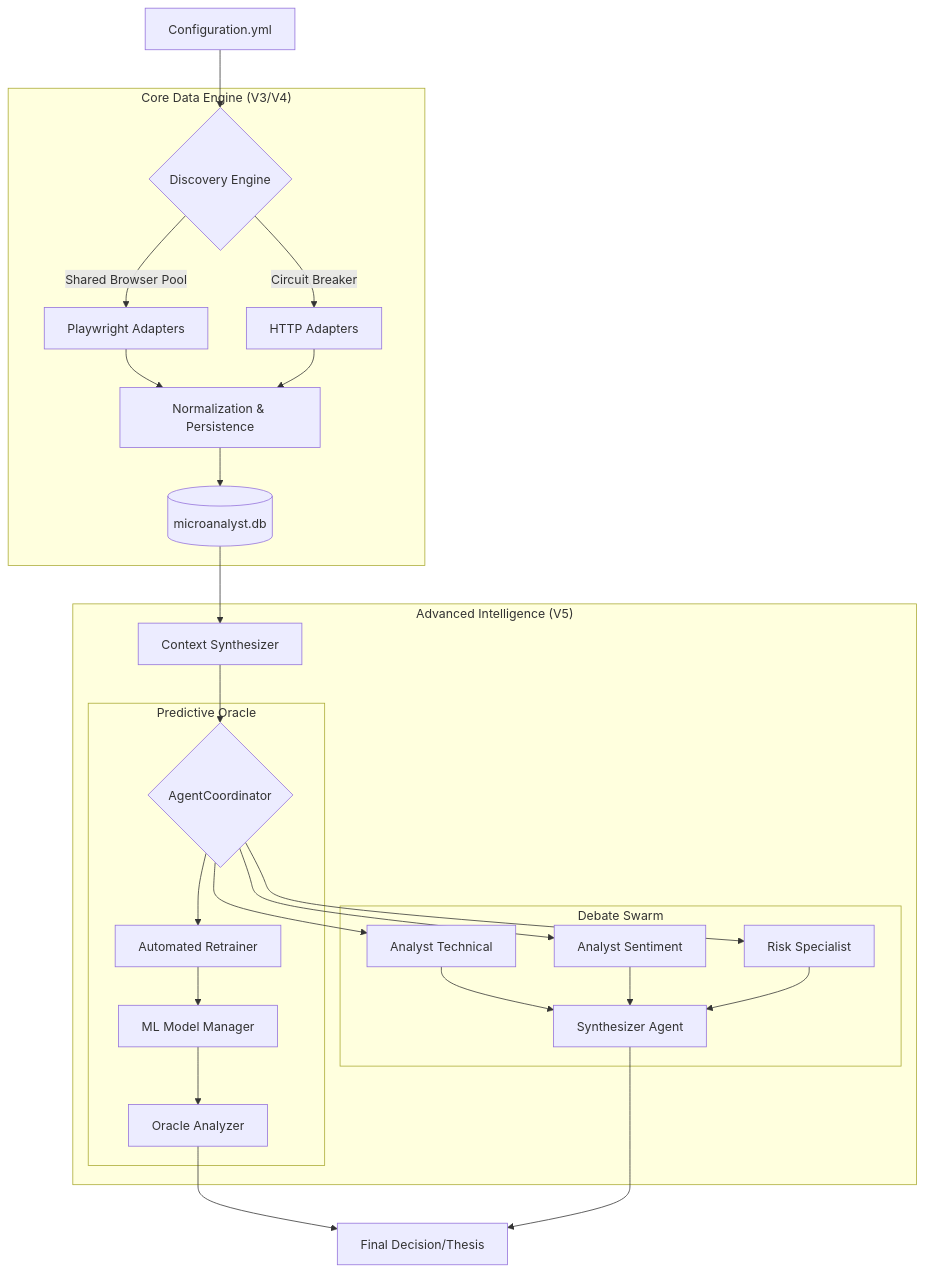
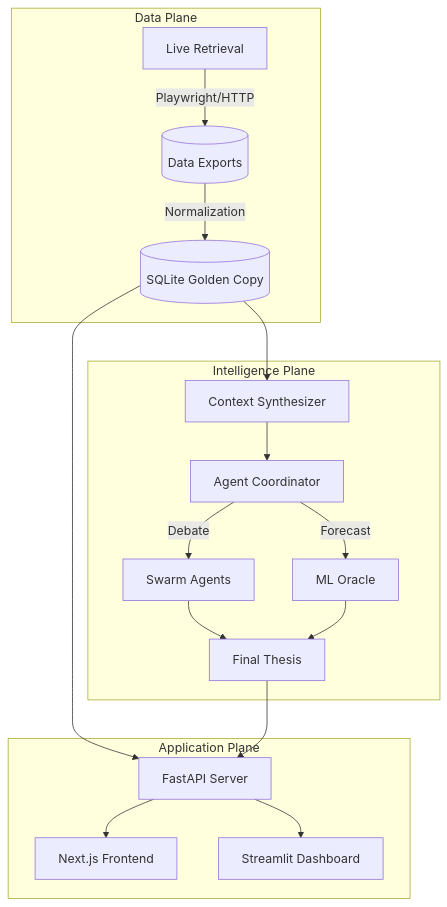
Before and after one commit to JackSmack1971/antigravity-microanalyst: the diagram in README.md, drawn with Mermaid. The commit also changed other lines of this file and 43 other files, not shown here.

Commit message:
feat(swarm): integrate live data pipeline and harden agent coordinator

````diff
--- a/README.md
+++ b/README.md
@@ -65,31 +16,21 @@
 ```mermaid
 flowchart TD
-    A[Configuration.yml] --> B{Discovery Engine}
-
-    subgraph "Core Data Engine (V3/V4)"
-        B -->|Shared Browser Pool| C[Playwright Adapters]
-        B -->|Circuit Breaker| D[HTTP Adapters]
-        C & D --> E[Normalization & Persistence]
-        E --> F[(microanalyst.db)]
+    subgraph "Data Plane"
+        R[Live Retrieval] -->|Playwright/HTTP| D[(Data Exports)]
+        D -->|Normalization| DB[(SQLite Golden Copy)]
     end
 
-    subgraph "Advanced Intelligence (V5)"
-        F --> G[Context Synthesizer]
-        G --> H{AgentCoordinator}
-        
-        subgraph "Predictive Oracle"
-            H --> I[Automated Retrainer]
-            I --> J[ML Model Manager]
-            J --> K[Oracle Analyzer]
-        end
-
-        subgraph "Debate Swarm"
-            H --> L[Analyst Technical]
-            H --> M[Analyst Sentiment]
-            H --> N[Risk Specialist]
-            L & M & N --> O[Synthesizer Agent]
-        end
+    subgraph "Intelligence Plane"
+        DB --> C[Context Synthesizer]
+        C --> AC[Agent Coordinator]
+        AC -->|Debate| S[Swarm Agents]
+        AC -->|Forecast| O[ML Oracle]
+        S & O --> T[Final Thesis]
     end
 
-    K & O --> P[Final Decision/Thesis]
+    subgraph "Application Plane"
+        DB & T --> API[FastAPI Server]
+        API --> NXT[Next.js Frontend]
+        API --> STM[Streamlit Dashboard]
+    end
 ```
````
